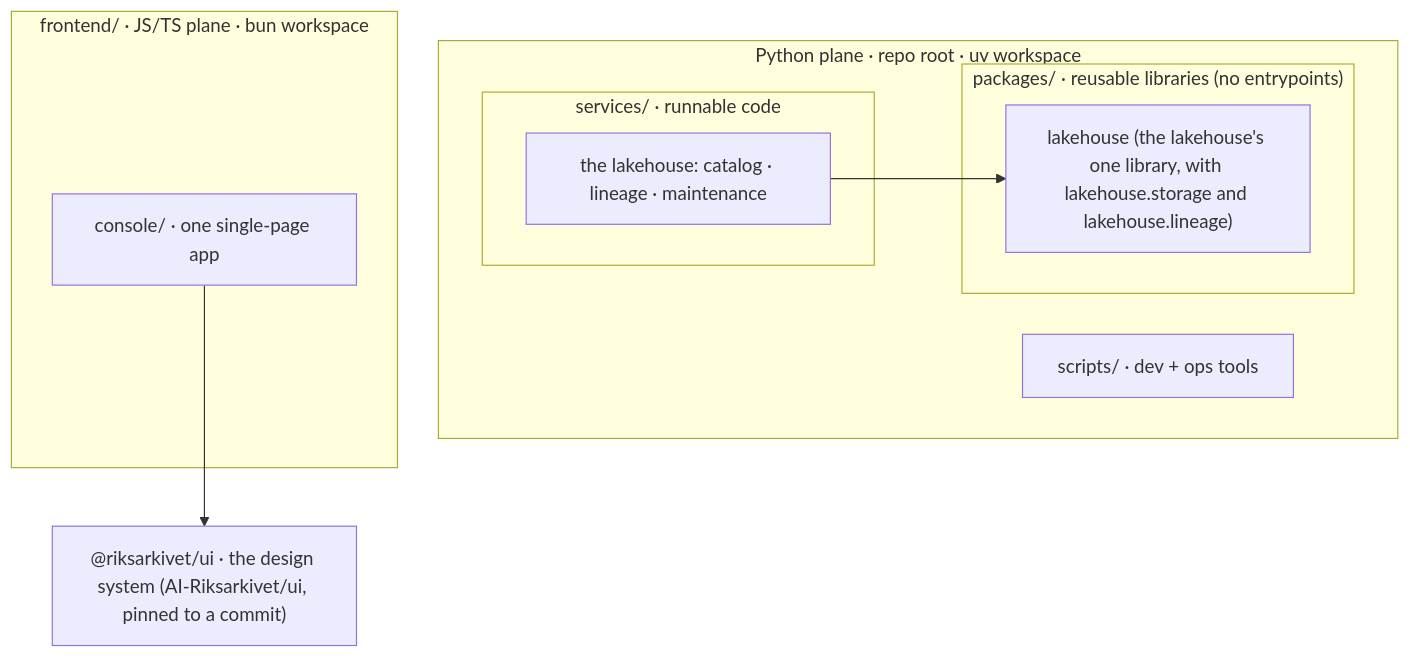
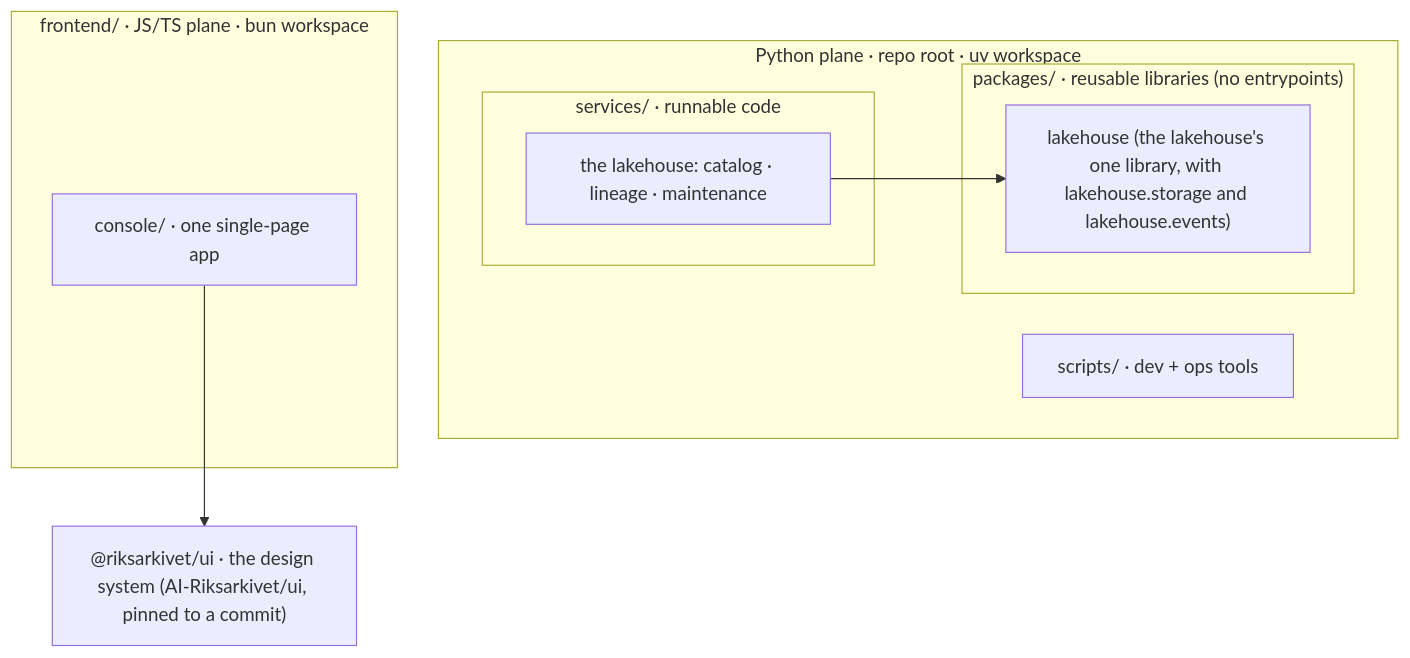
One commit to AI-Riksarkivet/rask changed the diagram in docs/architecture/layout.md. Above: the diagram before and after it, drawn with Mermaid. The commit also changed other lines of this file and 215 other files, not shown here.

First line of the commit message:
refactor(lakehouse)!: LH-578 — the events are one subpackage, and `lakehouse.lineage` folds into it

````diff
--- a/docs/architecture/layout.md
+++ b/docs/architecture/layout.md
@@ -12,18 +12,18 @@
 ```mermaid
 flowchart TD
     subgraph py["Python plane · repo root · uv workspace"]
         subgraph services["services/ · runnable code"]
             lake["the lakehouse: catalog · lineage · maintenance"]
         end
         subgraph packages["packages/ · reusable libraries (no entrypoints)"]
-            plh["lakehouse (the lakehouse's one library, with lakehouse.storage and lakehouse.lineage)"]
+            plh["lakehouse (the lakehouse's one library, with lakehouse.storage and lakehouse.events)"]
         end
         cx["scripts/ · dev + ops tools"]
     end
     subgraph js["frontend/ · JS/TS plane · bun workspace"]
         app["console/ · one single-page app"]
     end
     fpk["@riksarkivet/ui · the design system (AI-Riksarkivet/ui, pinned to a commit)"]
     lake --> plh
     app --> fpk
 ```
````
